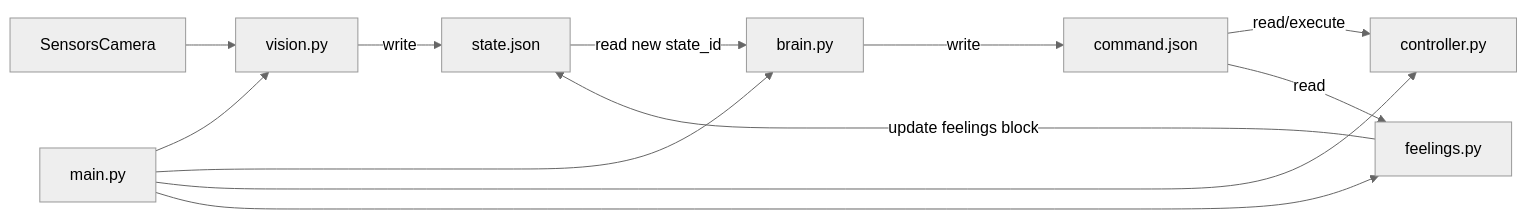
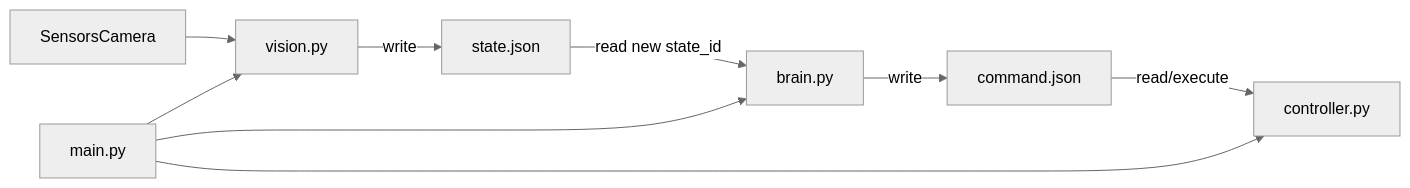
The first of 3 diagrams in robot_prome_v1/README.md (Orlinskas/RasberryPi_Projects), drawn with Mermaid (neutral theme) before and after one commit. The commit also changed other lines of this file and 6 other files, not shown here.

````diff
--- a/robot_prome_v1/README.md
+++ b/robot_prome_v1/README.md
@@ -16,14 +15,11 @@
 ```mermaid
 flowchart LR
     sensors["SensorsCamera"] --> vision["vision.py"]
     vision -->|"write"| state["state.json"]
     state -->|"read new state_id"| brain["brain.py"]
     brain -->|"write"| command["command.json"]
     command -->|"read/execute"| controller["controller.py"]
-    command -->|"read"| feelings["feelings.py"]
-    feelings -->|"update feelings block"| state
     main["main.py"] --> vision
     main --> brain
     main --> controller
-    main --> feelings
 ```
````
